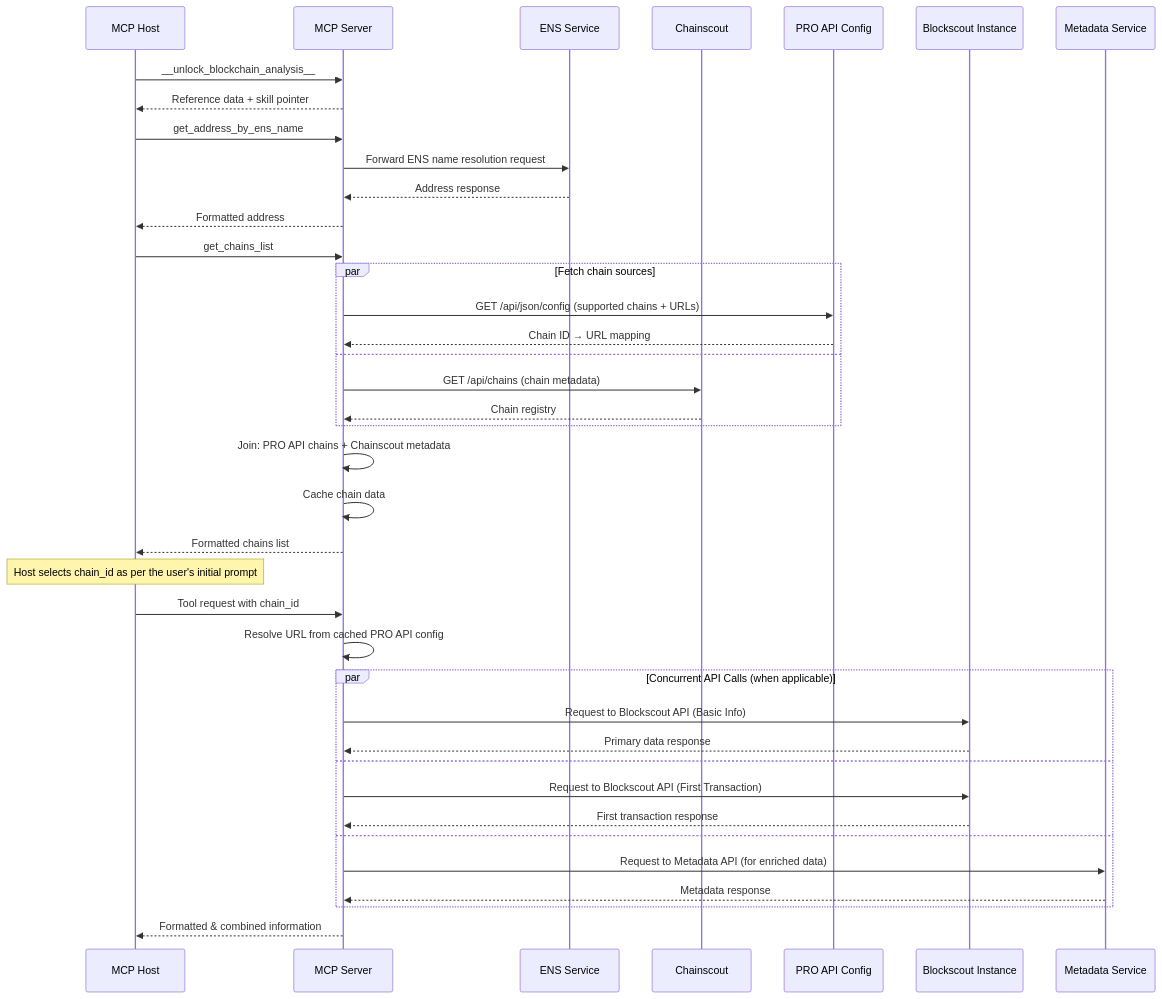
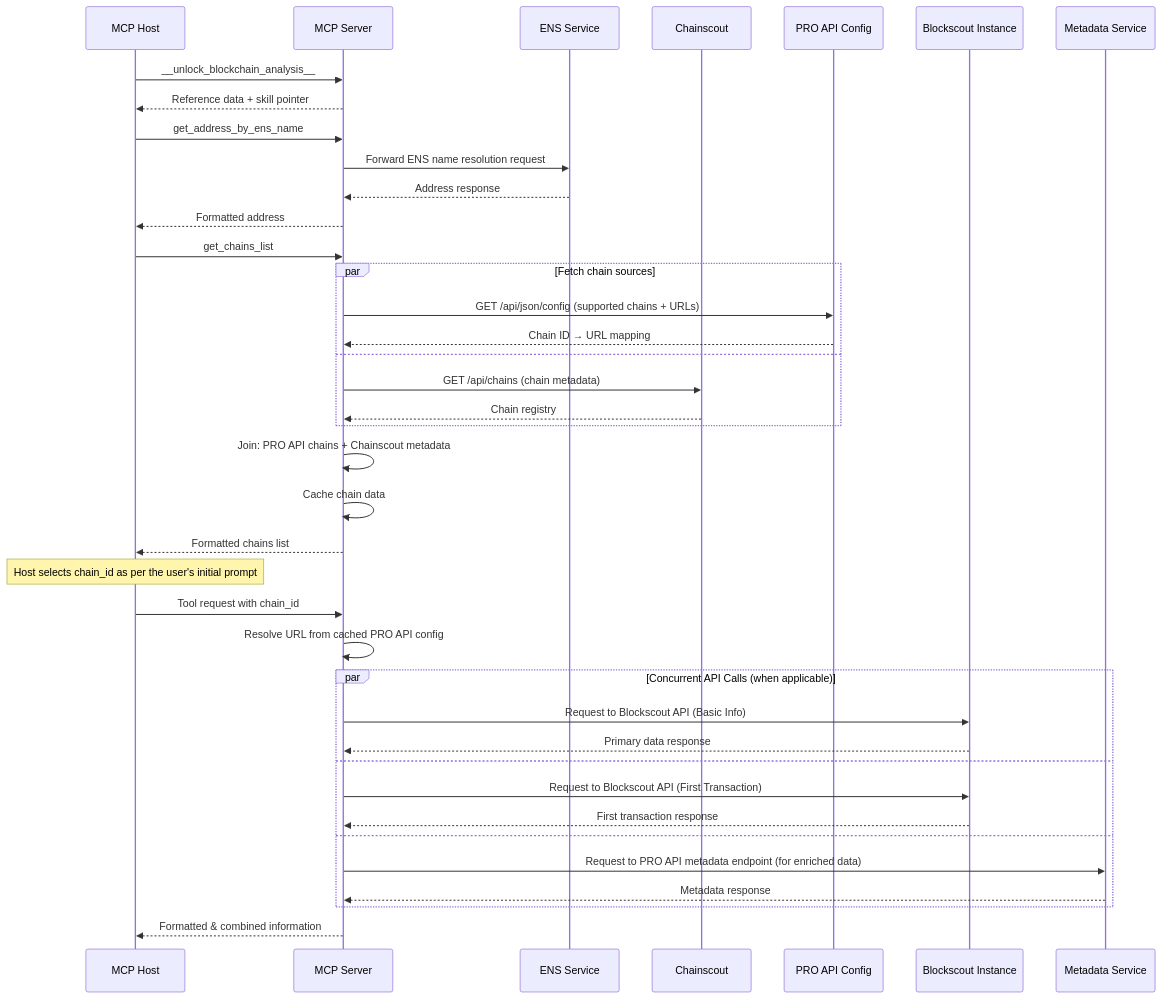
Before and after one commit to blockscout/mcp-server: the first of 3 diagrams in SPEC.md, drawn with Mermaid. The commit also changed other lines of this file and 19 other files, not shown here.

Commit message:
PRO API as metadata provider (#376)

````diff
--- a/SPEC.md
+++ b/SPEC.md
@@ -73,46 +73,46 @@
 ```mermaid
 sequenceDiagram
     participant AI as MCP Host
     participant MCP as MCP Server
     participant BENS as ENS Service
     participant CS as Chainscout
     participant ProAPI as PRO API Config
     participant BS as Blockscout Instance
     participant Metadata as Metadata Service
 
     AI->>MCP: __unlock_blockchain_analysis__
     MCP-->>AI: Reference data + skill pointer
 
     AI->>MCP: get_address_by_ens_name
     MCP->>BENS: Forward ENS name resolution request
     BENS-->>MCP: Address response
     MCP-->>AI: Formatted address
 
     AI->>MCP: get_chains_list
     par Fetch chain sources
         MCP->>ProAPI: GET /api/json/config (supported chains + URLs)
         ProAPI-->>MCP: Chain ID → URL mapping
     and
         MCP->>CS: GET /api/chains (chain metadata)
         CS-->>MCP: Chain registry
     end
     MCP->>MCP: Join: PRO API chains + Chainscout metadata
     MCP->>MCP: Cache chain data
     MCP-->>AI: Formatted chains list
 
     Note over AI: Host selects chain_id as per the user's initial prompt
 
     AI->>MCP: Tool request with chain_id
     MCP->>MCP: Resolve URL from cached PRO API config
     par Concurrent API Calls (when applicable)
         MCP->>BS: Request to Blockscout API (Basic Info)
         BS-->>MCP: Primary data response
     and
         MCP->>BS: Request to Blockscout API (First Transaction)
         BS-->>MCP: First transaction response
     and
-        MCP->>Metadata: Request to Metadata API (for enriched data)
+        MCP->>Metadata: Request to PRO API metadata endpoint (for enriched data)
         Metadata-->>MCP: Metadata response
     end
     MCP-->>AI: Formatted & combined information
 ```
````
